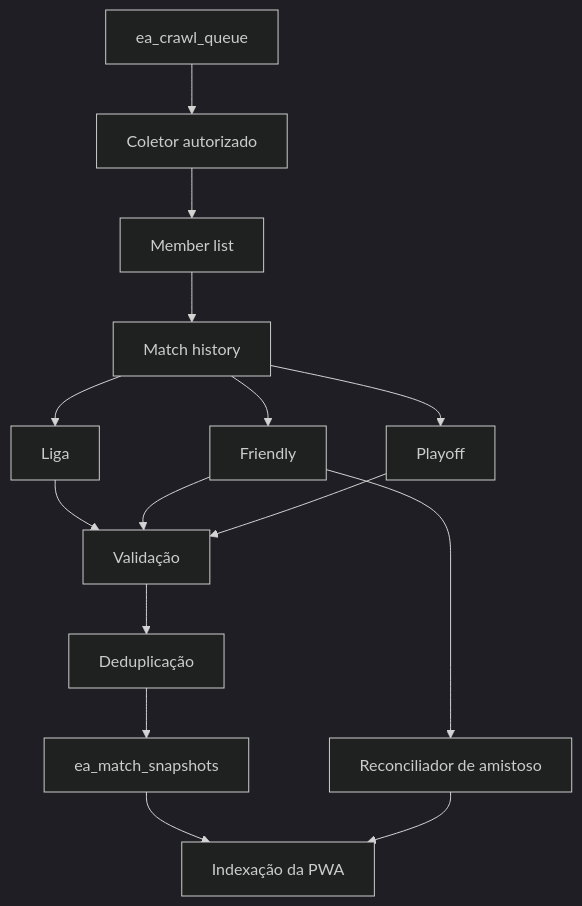
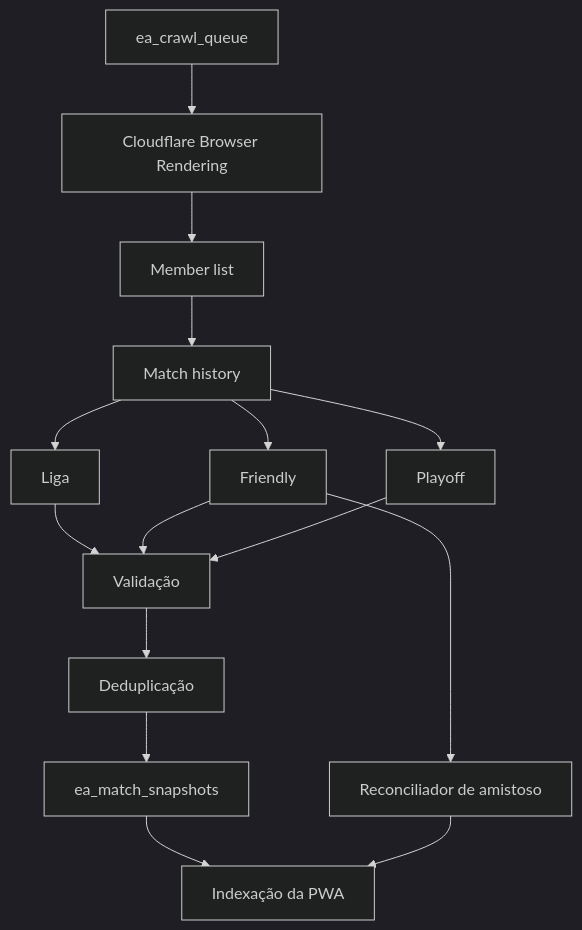
Before and after one commit to cspgabriel/pro-clubs-america: the diagram in docs/CRAWLER-OPERATIONS.md, drawn with Mermaid (dark theme). The commit also changed other lines of this file and 13 other files, not shown here.

````diff
--- a/docs/CRAWLER-OPERATIONS.md
+++ b/docs/CRAWLER-OPERATIONS.md
@@ -18,17 +18,17 @@
 ```mermaid
 flowchart TD
-    Q["ea_crawl_queue"] --> O["Coletor autorizado"]
+    Q["ea_crawl_queue"] --> O["Cloudflare Browser Rendering"]
     O --> R["Member list"]
     R --> H["Match history"]
     H --> L["Liga"]
     H --> F["Friendly"]
     H --> P["Playoff"]
     L --> V["Validação"]
     F --> V
     P --> V
     V --> D["Deduplicação"]
     D --> S["ea_match_snapshots"]
     S --> I["Indexação da PWA"]
     F --> X["Reconciliador de amistoso"]
     X --> I
 ```
````
